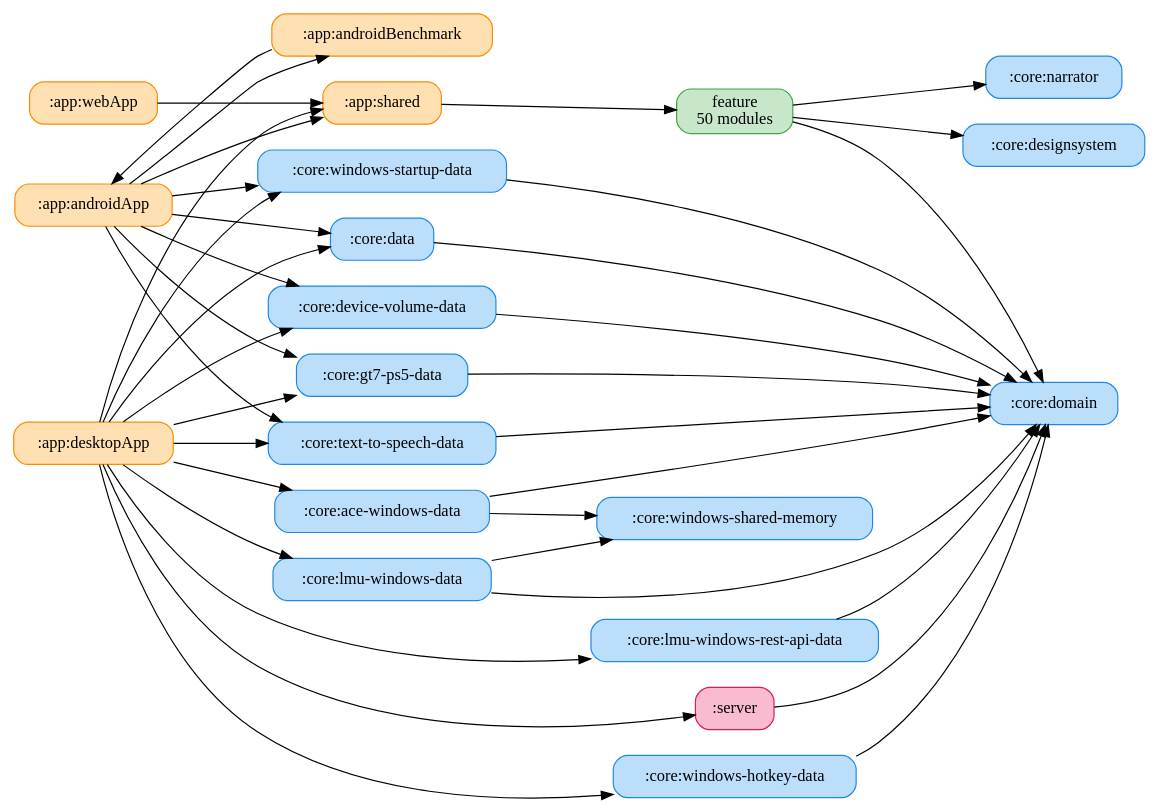
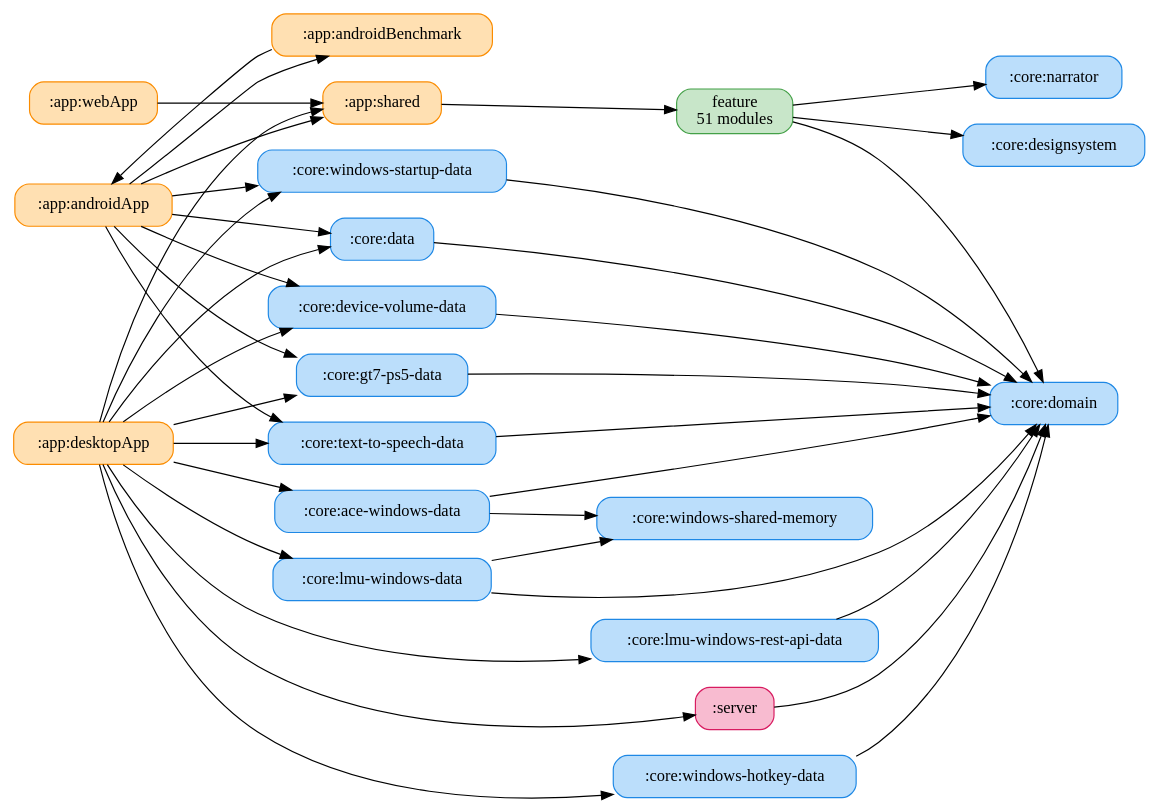
One commit to ai-kurou/KoDriver changed the diagram in docs/graphs/full-graph.gv. Above: the diagram before and after it, drawn with Graphviz. The commit also changed 17 other files, not shown here.

```diff
--- a/docs/graphs/full-graph.gv
+++ b/docs/graphs/full-graph.gv
@@ -1,61 +1,61 @@
 digraph G {
   rankdir=LR
   graph [ranksep=1.0, nodesep=0.3]
   node [shape=box, style="rounded,filled"]
   ":app:androidApp" [label=":app:androidApp", fillcolor="#FFE0B2", color="#FB8C00"]
   ":app:androidBenchmark" [label=":app:androidBenchmark", fillcolor="#FFE0B2", color="#FB8C00"]
   ":app:desktopApp" [label=":app:desktopApp", fillcolor="#FFE0B2", color="#FB8C00"]
   ":app:shared" [label=":app:shared", fillcolor="#FFE0B2", color="#FB8C00"]
   ":app:webApp" [label=":app:webApp", fillcolor="#FFE0B2", color="#FB8C00"]
   ":core:ace-windows-data" [label=":core:ace-windows-data", fillcolor="#BBDEFB", color="#1E88E5"]
   ":core:data" [label=":core:data", fillcolor="#BBDEFB", color="#1E88E5"]
   ":core:designsystem" [label=":core:designsystem", fillcolor="#BBDEFB", color="#1E88E5"]
   ":core:device-volume-data" [label=":core:device-volume-data", fillcolor="#BBDEFB", color="#1E88E5"]
   ":core:domain" [label=":core:domain", fillcolor="#BBDEFB", color="#1E88E5"]
   ":core:gt7-ps5-data" [label=":core:gt7-ps5-data", fillcolor="#BBDEFB", color="#1E88E5"]
   ":core:lmu-windows-data" [label=":core:lmu-windows-data", fillcolor="#BBDEFB", color="#1E88E5"]
   ":core:lmu-windows-rest-api-data" [label=":core:lmu-windows-rest-api-data", fillcolor="#BBDEFB", color="#1E88E5"]
   ":core:narrator" [label=":core:narrator", fillcolor="#BBDEFB", color="#1E88E5"]
   ":core:text-to-speech-data" [label=":core:text-to-speech-data", fillcolor="#BBDEFB", color="#1E88E5"]
   ":core:windows-hotkey-data" [label=":core:windows-hotkey-data", fillcolor="#BBDEFB", color="#1E88E5"]
   ":core:windows-shared-memory" [label=":core:windows-shared-memory", fillcolor="#BBDEFB", color="#1E88E5"]
   ":core:windows-startup-data" [label=":core:windows-startup-data", fillcolor="#BBDEFB", color="#1E88E5"]
   ":server" [label=":server", fillcolor="#F8BBD0", color="#D81B60"]
-  "feature" [label="feature\n50 modules", fillcolor="#C8E6C9", color="#43A047"]
+  "feature" [label="feature\n51 modules", fillcolor="#C8E6C9", color="#43A047"]
   ":app:androidApp" -> ":app:androidBenchmark"
   ":app:androidApp" -> ":app:shared"
   ":app:androidApp" -> ":core:data"
   ":app:androidApp" -> ":core:device-volume-data"
   ":app:androidApp" -> ":core:gt7-ps5-data"
   ":app:androidApp" -> ":core:text-to-speech-data"
   ":app:androidApp" -> ":core:windows-startup-data"
   ":app:androidBenchmark" -> ":app:androidApp"
   ":app:desktopApp" -> ":app:shared"
   ":app:desktopApp" -> ":core:ace-windows-data"
   ":app:desktopApp" -> ":core:data"
   ":app:desktopApp" -> ":core:device-volume-data"
   ":app:desktopApp" -> ":core:gt7-ps5-data"
   ":app:desktopApp" -> ":core:lmu-windows-data"
   ":app:desktopApp" -> ":core:lmu-windows-rest-api-data"
   ":app:desktopApp" -> ":core:text-to-speech-data"
   ":app:desktopApp" -> ":core:windows-hotkey-data"
   ":app:desktopApp" -> ":core:windows-startup-data"
   ":app:desktopApp" -> ":server"
   ":app:shared" -> "feature"
   ":app:webApp" -> ":app:shared"
   ":core:ace-windows-data" -> ":core:domain"
   ":core:ace-windows-data" -> ":core:windows-shared-memory"
   ":core:data" -> ":core:domain"
   ":core:device-volume-data" -> ":core:domain"
   ":core:gt7-ps5-data" -> ":core:domain"
   ":core:lmu-windows-data" -> ":core:domain"
   ":core:lmu-windows-data" -> ":core:windows-shared-memory"
   ":core:lmu-windows-rest-api-data" -> ":core:domain"
   ":core:text-to-speech-data" -> ":core:domain"
   ":core:windows-hotkey-data" -> ":core:domain"
   ":core:windows-startup-data" -> ":core:domain"
   ":server" -> ":core:domain"
   "feature" -> ":core:designsystem"
   "feature" -> ":core:domain"
   "feature" -> ":core:narrator"
 }
```
